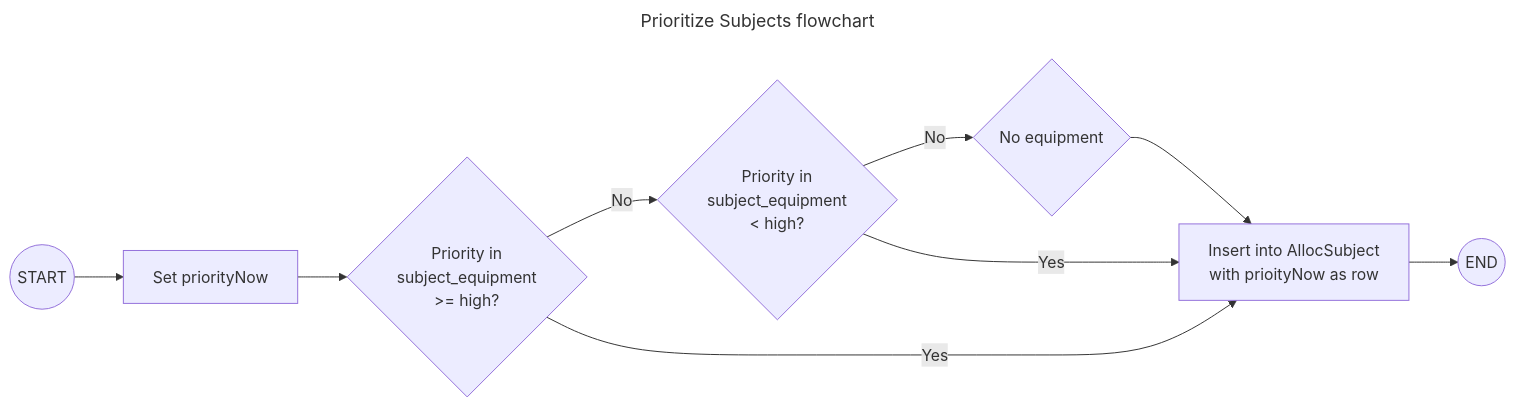
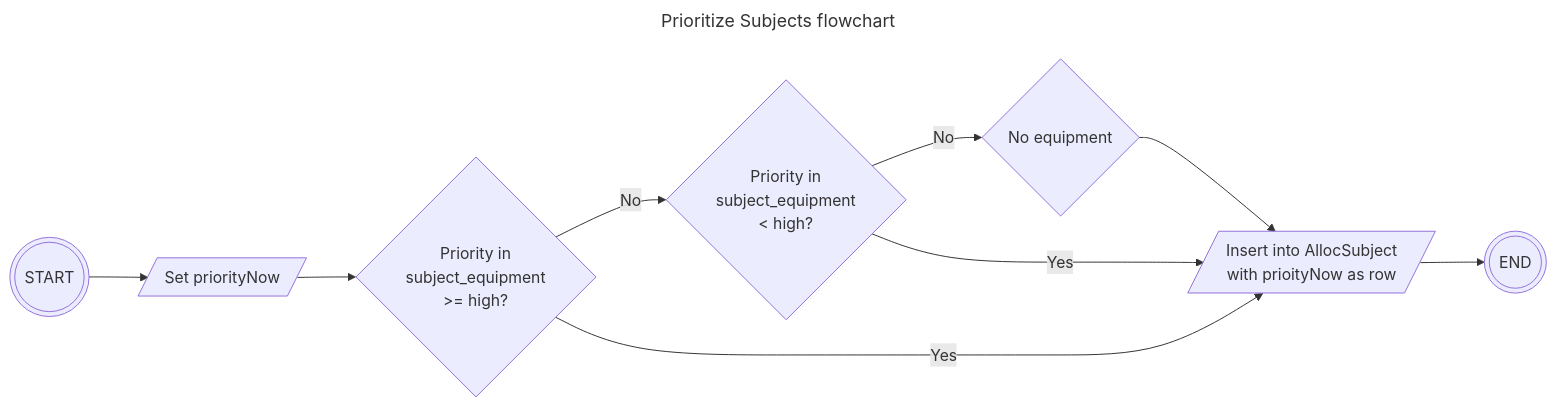
Before and after one commit to makotosoul/idea-case-backend: the second of 3 diagrams in Database/Documentation/Allocation_Flowchart.md, drawn with Mermaid. The commit also changed other lines of this file, not shown here.

````diff
--- a/Database/Documentation/Allocation_Flowchart.md
+++ b/Database/Documentation/Allocation_Flowchart.md
@@ -36,20 +36,20 @@
 ```mermaid
 ---
 title: Prioritize Subjects flowchart
 ---
     flowchart LR
-        id1((START)) --> A
-        A[Set priorityNow] --> B{Priority in
+        id1(((START))) --> A
+        A[/Set priorityNow/] --> B{Priority in
         subject_equipment
         >= high?}
         B -->|No| C{Priority in
         subject_equipment
         < high?}
         C -->|No| D{No equipment}
-        D --> E[Insert into AllocSubject
-        with prioityNow as row]
+        D --> E[/Insert into AllocSubject
+        with prioityNow as row/]
         B -->|Yes| E
         C -->|Yes| E
-        E --> F((END))
+        E --> F(((END)))
 
 ```
````
